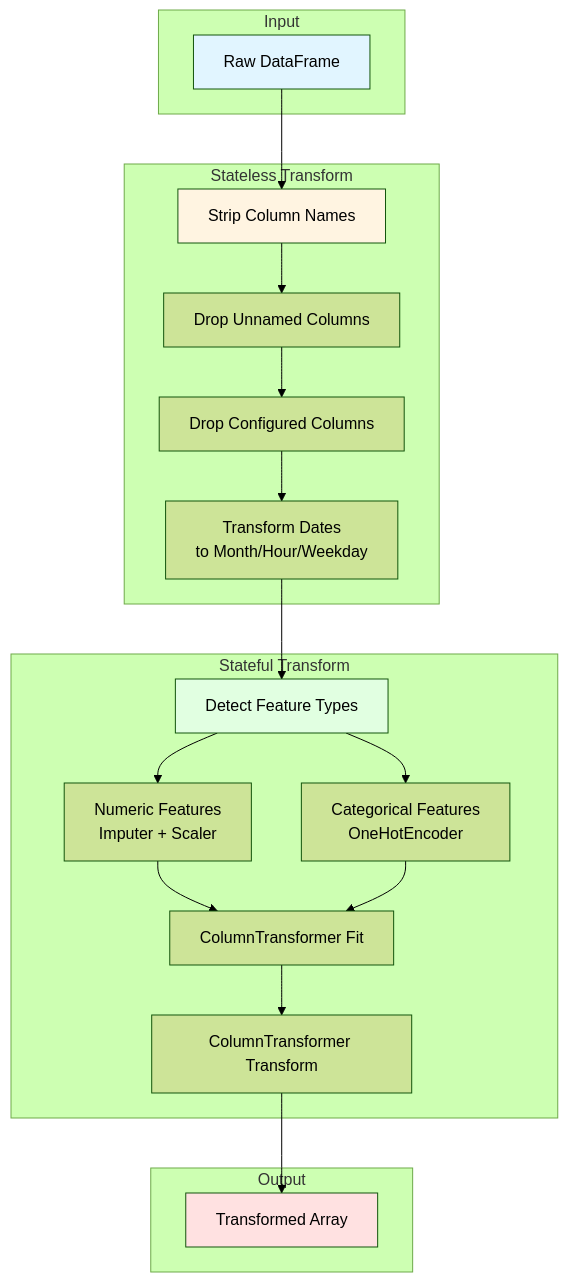
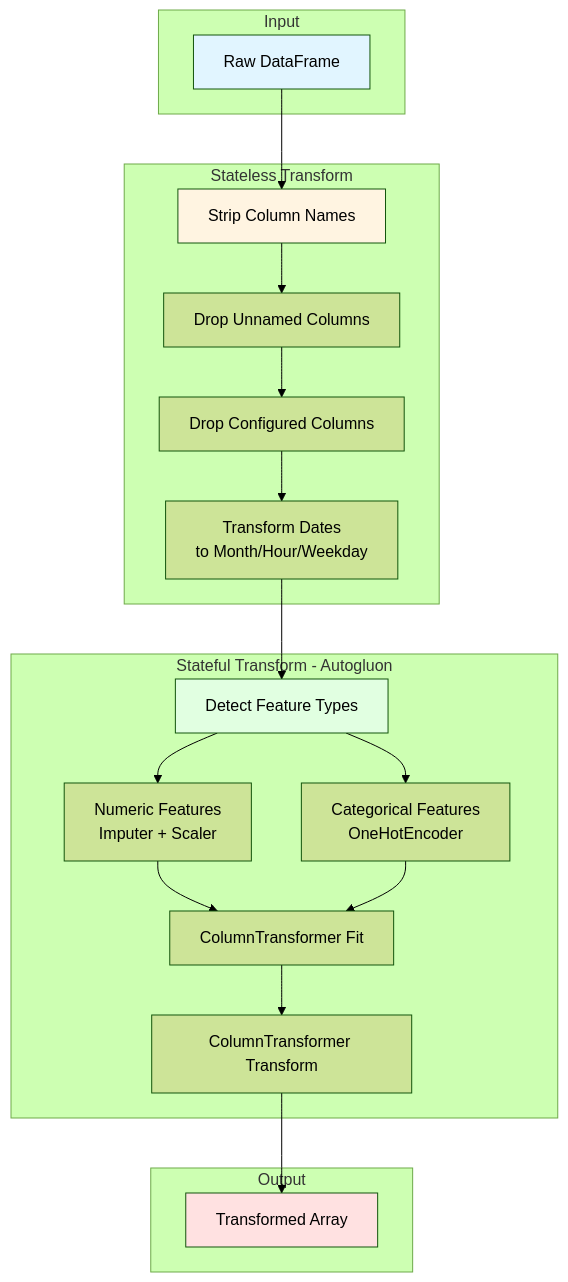
Before and after one commit to jefraudai/jefraudai: the sixth of 8 diagrams in Services/docsify/docs/architecture.md, drawn with Mermaid (forest theme). The commit also changed other lines of this file and 6 other files, not shown here.

````diff
--- a/Services/docsify/docs/architecture.md
+++ b/Services/docsify/docs/architecture.md
@@ -257,42 +254,42 @@
 ```mermaid
 graph TD
     subgraph "Input"
         IN[Raw DataFrame]
     end
     
     subgraph "Stateless Transform"
         S1[Strip Column Names]
         S2[Drop Unnamed Columns]
         S3[Drop Configured Columns]
         S4[Transform Dates<br/>to Month/Hour/Weekday]
     end
     
-    subgraph "Stateful Transform"
+    subgraph "Stateful Transform - Autogluon"
         F1[Detect Feature Types]
         F2[Numeric Features<br/>Imputer + Scaler]
         F3[Categorical Features<br/>OneHotEncoder]
         F4[ColumnTransformer Fit]
         F5[ColumnTransformer Transform]
     end
     
     subgraph "Output"
         OUT[Transformed Array]
     end
     
     IN --> S1
     S1 --> S2
     S2 --> S3
     S3 --> S4
     S4 --> F1
     F1 --> F2
     F1 --> F3
     F2 --> F4
     F3 --> F4
     F4 --> F5
     F5 --> OUT
     
     style IN fill:#e1f5ff
     style S1 fill:#fff4e1
     style F1 fill:#e1ffe1
     style OUT fill:#ffe1e1
 ```
````
